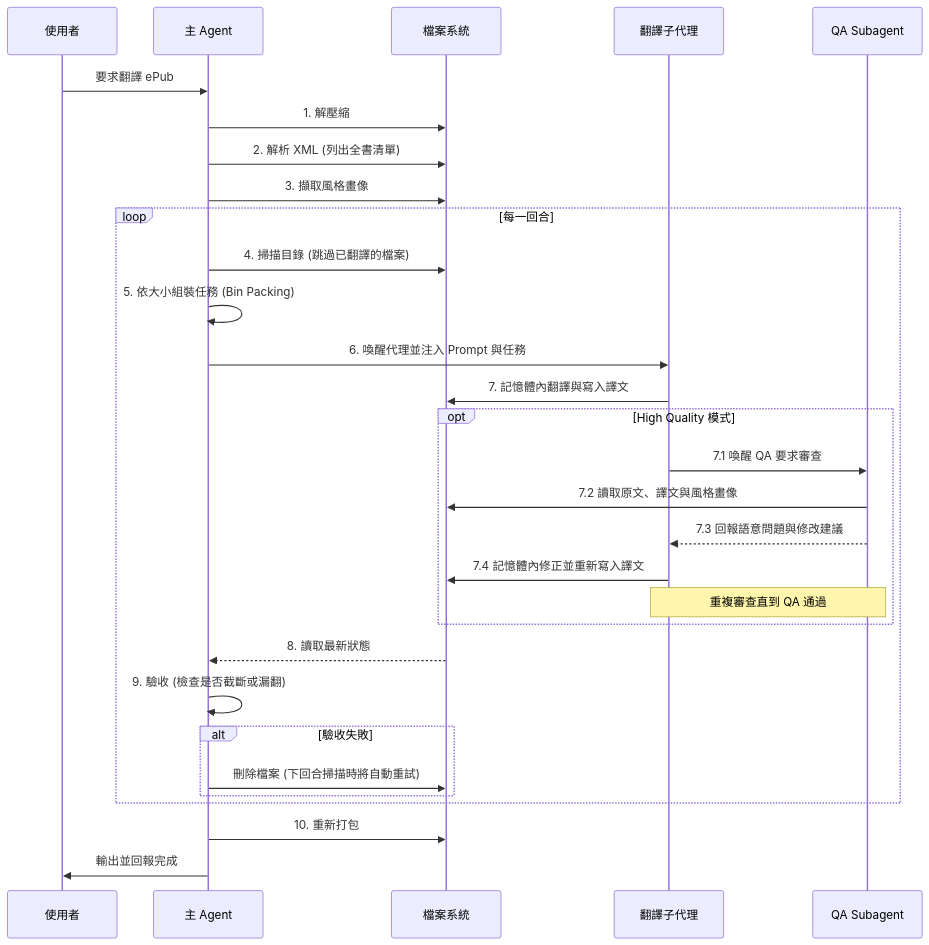
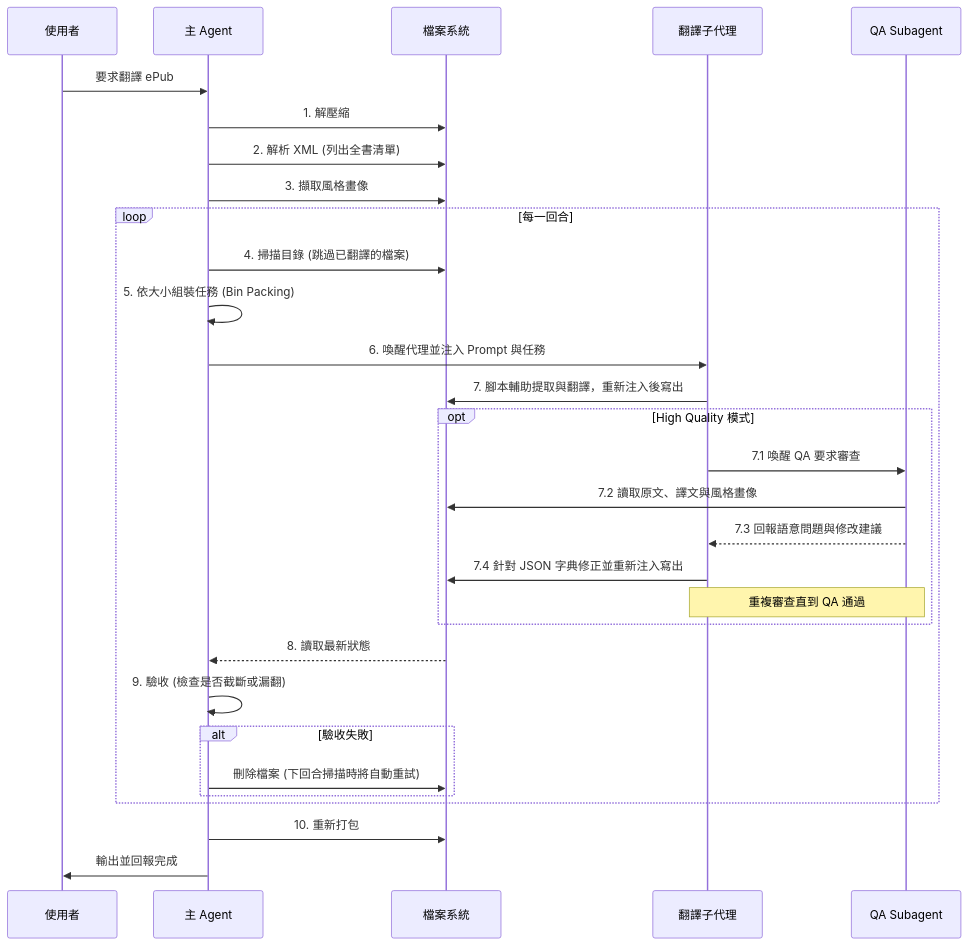
One commit to dlhdb/epub-translate-agy-skill changed the second of 2 diagrams in .agents/skills/awesome-epub-translator/docs/TECHNICAL_DETAILS.md. Above: the diagram before and after it, drawn with Mermaid. The commit also changed other lines of this file and 2 other files, not shown here.

````diff
--- a/.agents/skills/awesome-epub-translator/docs/TECHNICAL_DETAILS.md
+++ b/.agents/skills/awesome-epub-translator/docs/TECHNICAL_DETAILS.md
@@ -50,37 +50,37 @@
 ```mermaid
 sequenceDiagram
     participant U as 使用者
     participant M as 主 Agent
     participant F as 檔案系統
     participant S as 翻譯子代理
     participant Q as QA Subagent
     
     U->>M: 要求翻譯 ePub
     M->>F: 1. 解壓縮
     M->>F: 2. 解析 XML (列出全書清單)
     M->>F: 3. 擷取風格畫像
     
     loop 每一回合
         M->>F: 4. 掃描目錄 (跳過已翻譯的檔案)
         M->>M: 5. 依大小組裝任務 (Bin Packing)
         M->>S: 6. 喚醒代理並注入 Prompt 與任務
-        S->>F: 7. 記憶體內翻譯與寫入譯文
+        S->>F: 7. 腳本輔助提取與翻譯，重新注入後寫出
         
         opt High Quality 模式
             S->>Q: 7.1 喚醒 QA 要求審查
             Q->>F: 7.2 讀取原文、譯文與風格畫像
             Q-->>S: 7.3 回報語意問題與修改建議
-            S->>F: 7.4 記憶體內修正並重新寫入譯文
+            S->>F: 7.4 針對 JSON 字典修正並重新注入寫出
             Note over S, Q: 重複審查直到 QA 通過
         end
         
         F-->>M: 8. 讀取最新狀態
         M->>M: 9. 驗收 (檢查是否截斷或漏翻)
         alt 驗收失敗
             M->>F: 刪除檔案 (下回合掃描時將自動重試)
         end
     end
     
     M->>F: 10. 重新打包
     M->>U: 輸出並回報完成
 ```
````
